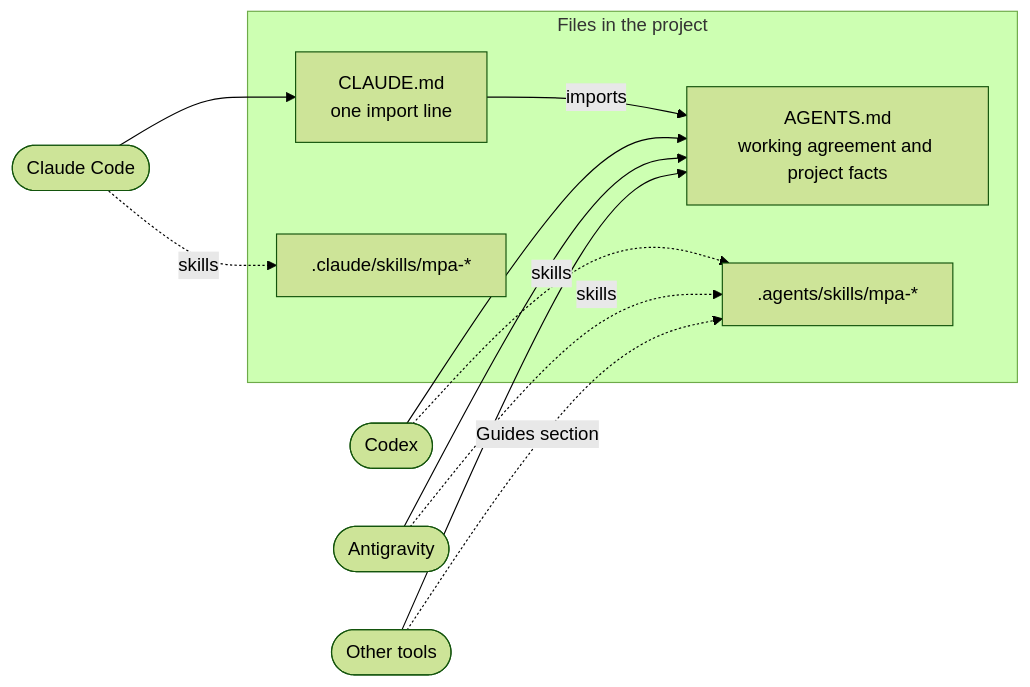
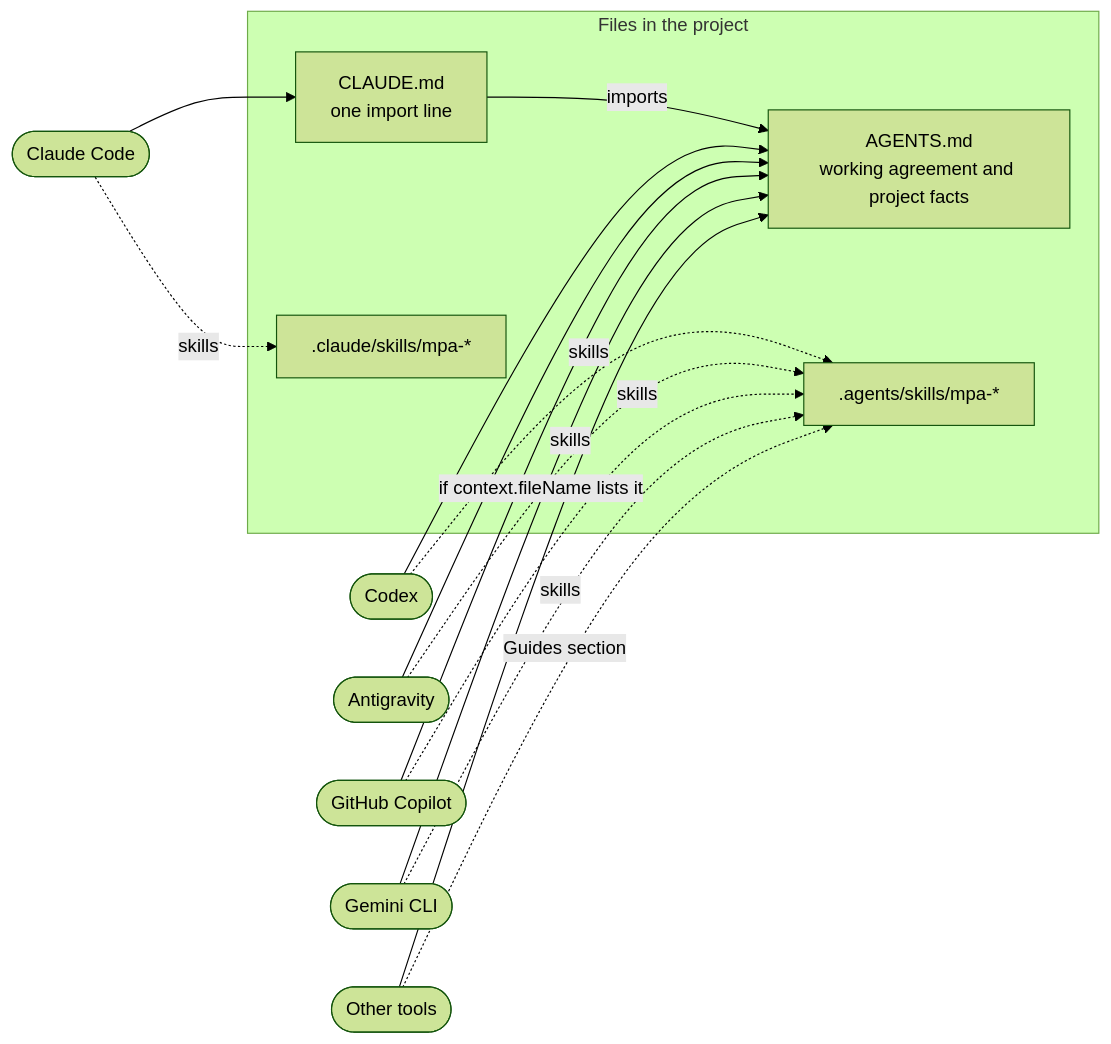
One commit to laurenzpavlosmalisianos/master-prompt-agreement changed the diagram in README.md. Above: the diagram before and after it, drawn with Mermaid (forest theme). The commit also changed other lines of this file and 46 other files, not shown here.

````diff
--- a/README.md
+++ b/README.md
@@ -19,24 +19,30 @@
 ```mermaid
 flowchart LR
     claude(["Claude Code"])
     codex(["Codex"])
     antigravity(["Antigravity"])
+    copilot(["GitHub Copilot"])
+    gemini(["Gemini CLI"])
     other(["Other tools"])
 
     subgraph project["Files in the project"]
         claudemd["CLAUDE.md<br>one import line"]
         agents["AGENTS.md<br>working agreement and project facts"]
         claudeskills[".claude/skills/mpa-*"]
         agentskills[".agents/skills/mpa-*"]
     end
 
     claude --> claudemd
     claudemd -->|imports| agents
     codex --> agents
     antigravity --> agents
+    copilot --> agents
+    gemini -->|if context.fileName lists it| agents
     other --> agents
     claude -.->|skills| claudeskills
     codex -.->|skills| agentskills
     antigravity -.->|skills| agentskills
+    copilot -.->|skills| agentskills
+    gemini -.->|skills| agentskills
     other -.->|Guides section| agentskills
 ```
````
